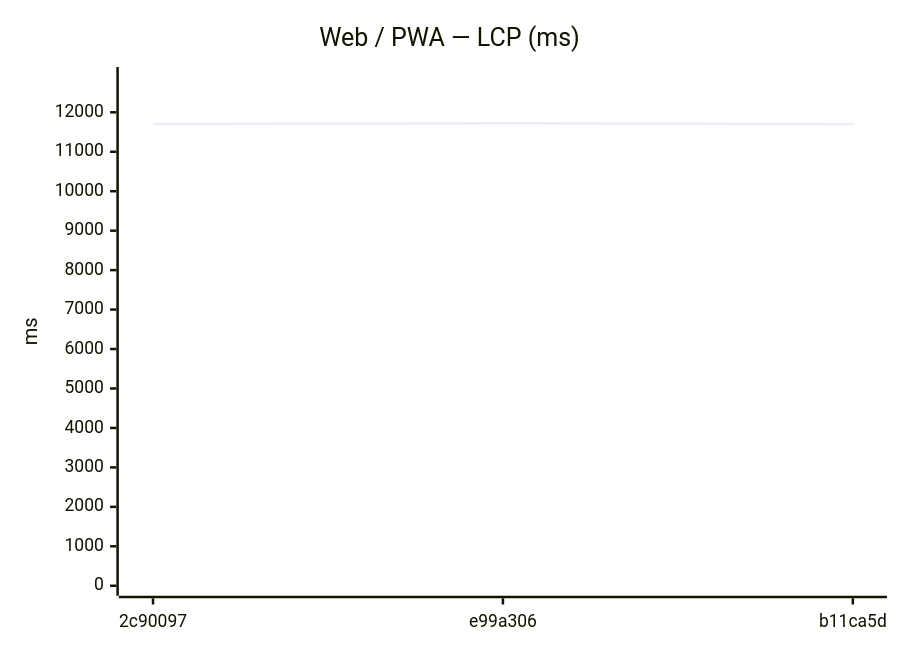
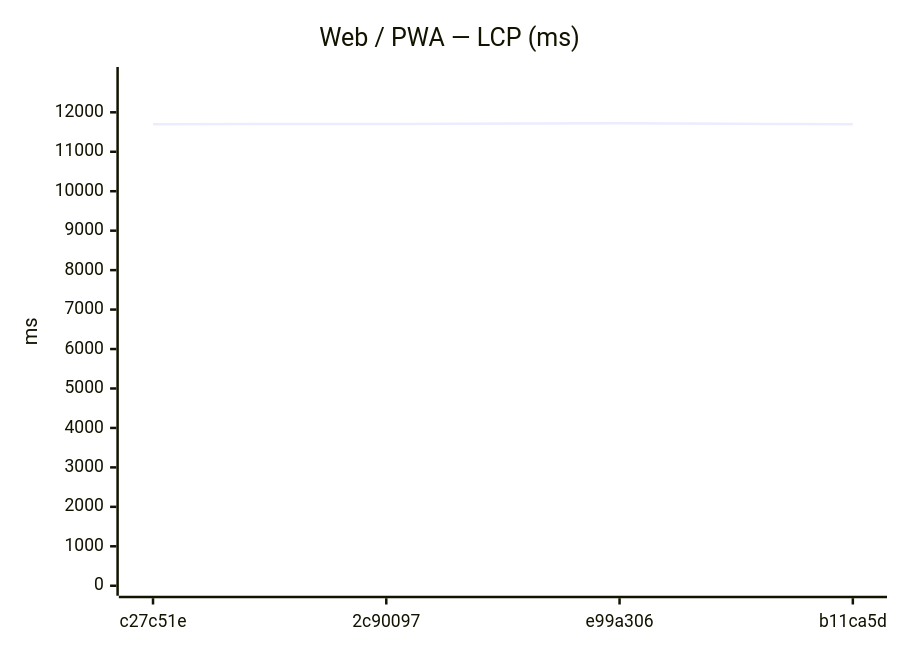
One commit to Metaheurist/Rianell changed the ninth of 24 diagrams in benchmarks/compare.md. Above: the diagram before and after it, drawn with Mermaid. The commit also changed other lines of this file and 12 other files, not shown here.

````diff
--- a/benchmarks/compare.md
+++ b/benchmarks/compare.md
@@ -114,7 +119,7 @@
 ```mermaid
 xychart-beta
     title "Web / PWA — LCP (ms)"
-    x-axis ["2c90097", "e99a306", "b11ca5d"]
+    x-axis ["c27c51e", "2c90097", "e99a306", "b11ca5d"]
     y-axis "ms" 0 --> 12895
-    line [11703, 11722, 11697]
+    line [11699, 11703, 11722, 11697]
 ```
````
